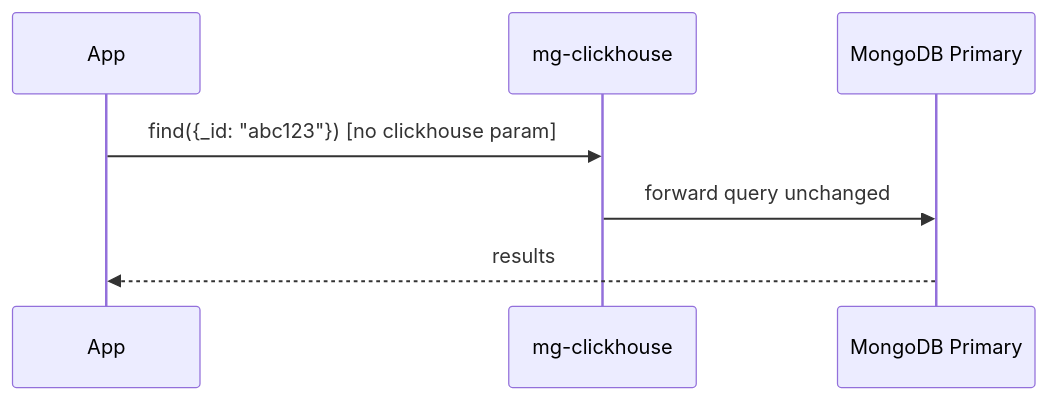
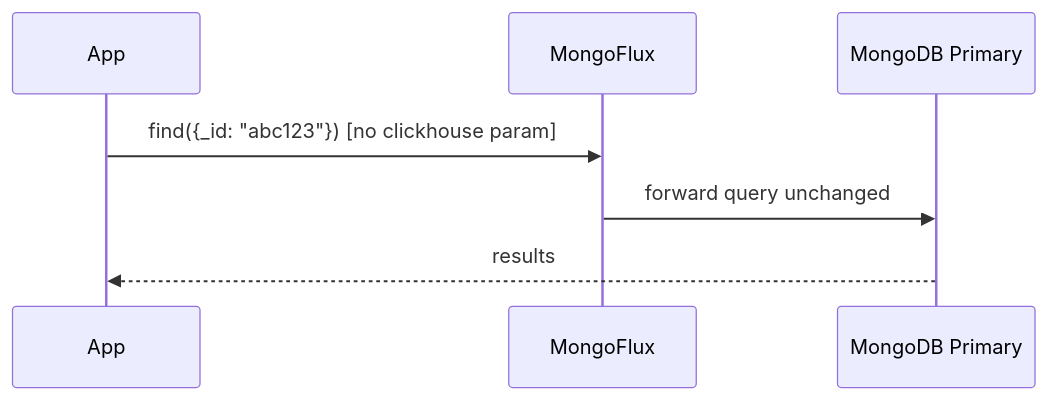
Before and after one commit to mrityunjaysharma/mongo-flux: the fourth of 7 diagrams in docs/design.md, drawn with Mermaid. The commit also changed other lines of this file and 38 other files, not shown here.

````diff
--- a/docs/design.md
+++ b/docs/design.md
@@ -69,6 +69,6 @@
 ```mermaid
 sequenceDiagram
-    App->>mg-clickhouse: find({_id: "abc123"}) [no clickhouse param]
-    mg-clickhouse->>MongoDB Primary: forward query unchanged
+    App->>MongoFlux: find({_id: "abc123"}) [no clickhouse param]
+    MongoFlux->>MongoDB Primary: forward query unchanged
     MongoDB Primary-->>App: results
 ```
````
